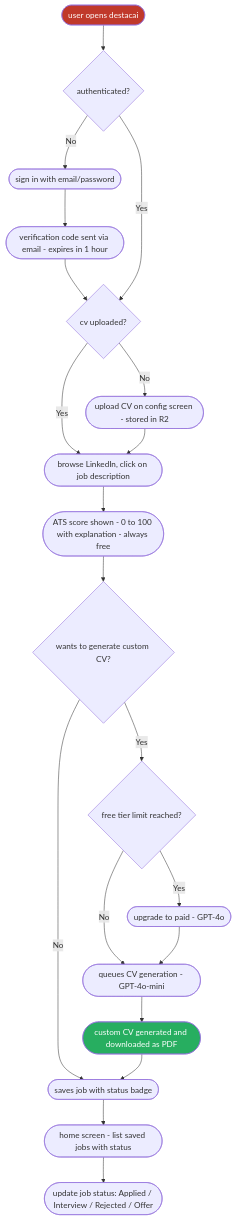
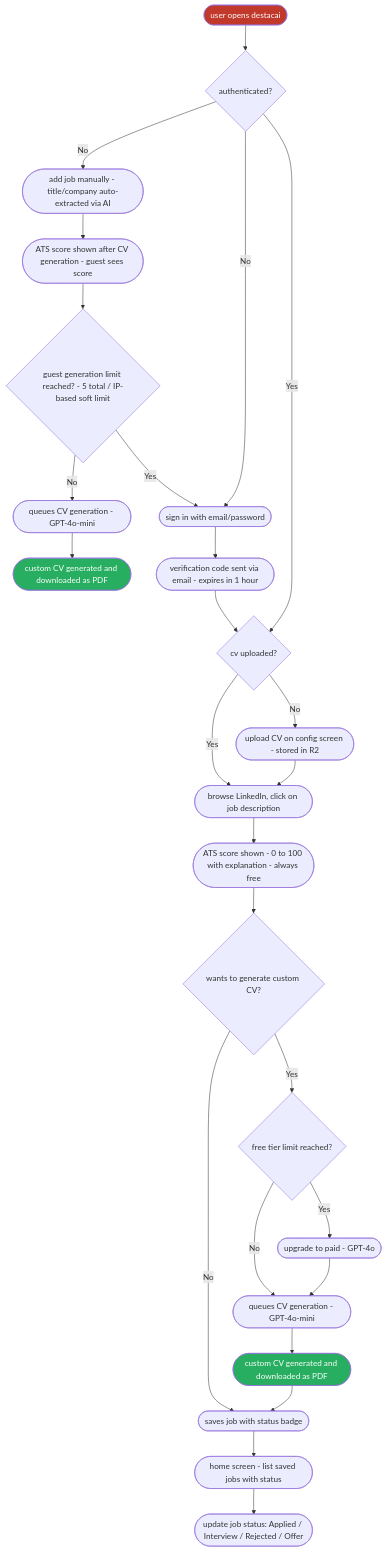
Before and after one commit to Mlucas4330/destacai: the diagram in README.md, drawn with Mermaid. The commit also changed other lines of this file, not shown here.

Commit message:
docs: update README with guest user feature parity

````diff
--- a/README.md
+++ b/README.md
@@ -35,32 +35,40 @@
 ```mermaid
 flowchart TD
     A([user opens destacai]) --> B{authenticated?}
 
-    B -->|No| C([sign in with email/password])
+    B -->|No| G1([add job manually - title/company auto-extracted via AI])
+    G1 --> G2([ATS score shown after CV generation - guest sees score])
+    G2 --> G3{guest generation limit reached? - 5 total / IP-based soft limit}
+    G3 -->|No| G4([queues CV generation - GPT-4o-mini])
+    G3 -->|Yes| C([sign in with email/password])
+    G4 --> G5([custom CV generated and downloaded as PDF])
+
+    B -->|No| C
     C --> C1([verification code sent via email - expires in 1 hour])
     C1 --> D{cv uploaded?}
     B -->|Yes| D
 
     D -->|No| E([upload CV on config screen - stored in R2])
     D -->|Yes| F([browse LinkedIn, click on job description])
     E --> F
 
     F --> G([ATS score shown - 0 to 100 with explanation - always free])
     G --> H{wants to generate custom CV?}
 
     H -->|No| I([saves job with status badge])
     H -->|Yes| J{free tier limit reached?}
 
     J -->|No| K([queues CV generation - GPT-4o-mini])
     J -->|Yes| L([upgrade to paid - GPT-4o])
     L --> K
 
     K --> M([custom CV generated and downloaded as PDF])
     M --> I
 
     I --> N([home screen - list saved jobs with status])
     N --> O([update job status: Applied / Interview / Rejected / Offer])
 
     style A fill:#c0392b,color:#fff
     style M fill:#27ae60,color:#fff
+    style G5 fill:#27ae60,color:#fff
 ```
````
